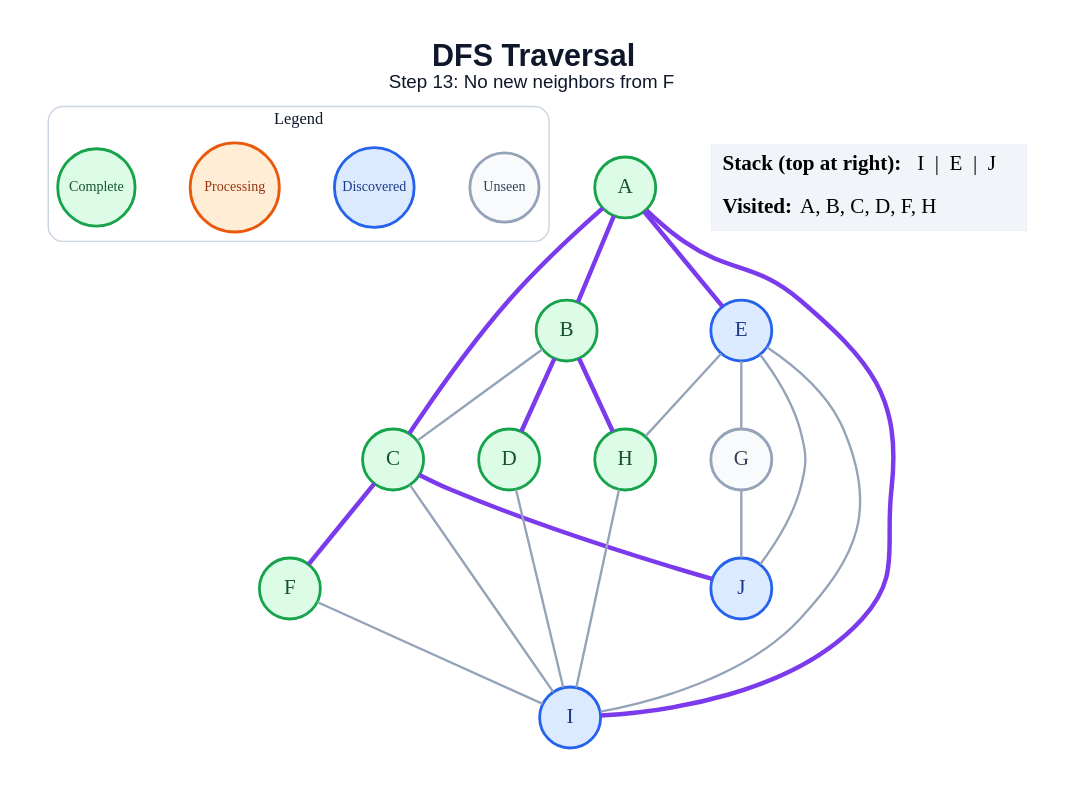
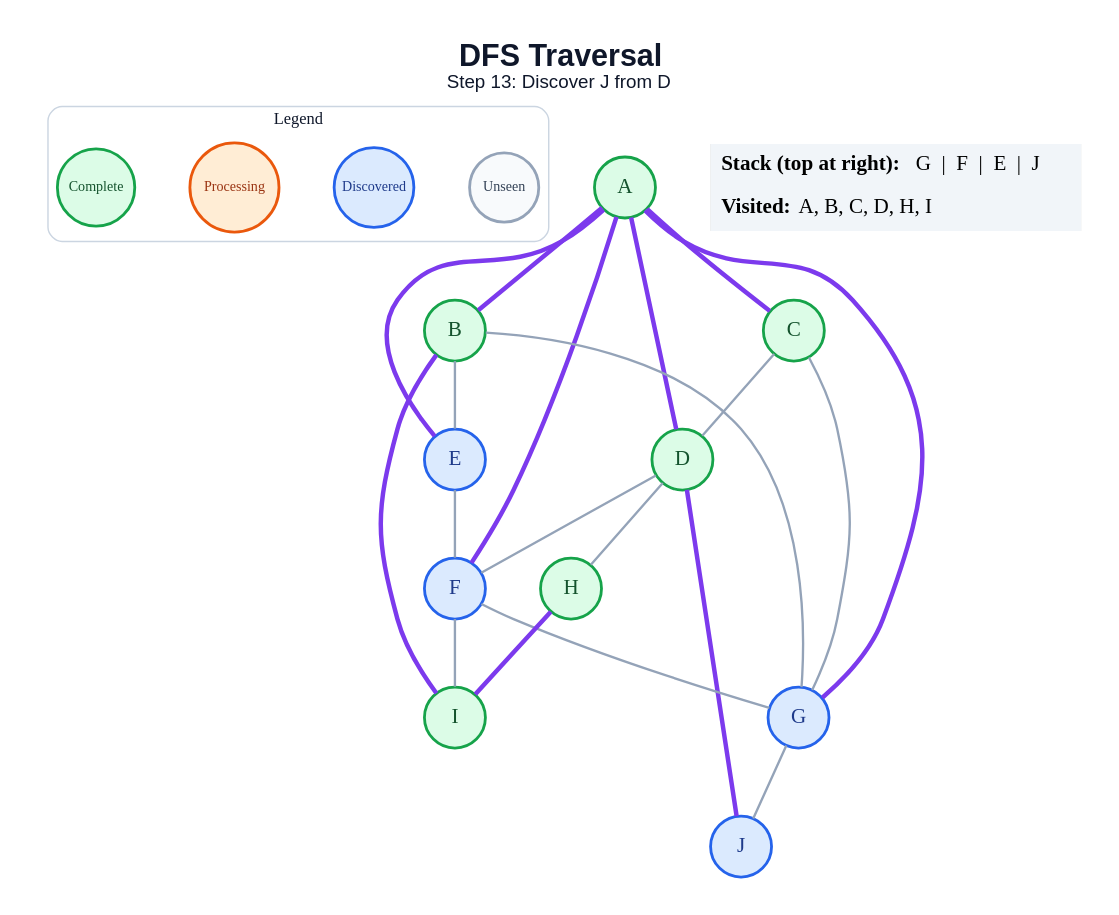
One commit to amanghodawala9/ai-slop changed the diagram in generated/dfs/step_13.dot. Above: the diagram before and after it, drawn with Graphviz. The commit also changed 178 other files, not shown here.

```diff
--- a/generated/dfs/step_13.dot
+++ b/generated/dfs/step_13.dot
@@ -1,47 +1,48 @@
 graph traversal {
   graph [layout=dot, rankdir=TB, bgcolor="#FFFFFF", pad="0.35", nodesep="0.65", ranksep="0.8", fontname="Arial"];
   node [shape=circle, style="filled", fontname="Arial Bold", fontsize=18, width=0.72, fixedsize=true, penwidth=2.4];
   edge [color="#94A3B8", penwidth=2.0];
-  label=<<B>DFS Traversal</B><BR/><FONT POINT-SIZE="16">Step 13: No new neighbors from F</FONT>>; labelloc="t"; fontsize=26; fontname="Arial"; fontcolor="#0F172A";
+  label=<<B>DFS Traversal</B><BR/><FONT POINT-SIZE="16">Step 13: Discover J from D</FONT>>; labelloc="t"; fontsize=26; fontname="Arial"; fontcolor="#0F172A";
   subgraph cluster_legend { label="Legend"; color="#CBD5E1"; penwidth=1.2; style="rounded"; fontsize=14; fontname="Arial Bold";
     key_unseen [label="Unseen", fillcolor="#F8FAFC", color="#94A3B8", fontcolor="#334155", fontsize=12, width=0.82];
     key_frontier [label="Discovered", fillcolor="#DBEAFE", color="#2563EB", fontcolor="#1E3A8A", fontsize=12, width=0.95];
     key_current [label="Processing", fillcolor="#FFEDD5", color="#EA580C", fontcolor="#9A3412", fontsize=12, width=1.05];
     key_done [label="Complete", fillcolor="#DCFCE7", color="#16A34A", fontcolor="#14532D", fontsize=12, width=0.92];
     { rank=same; key_unseen; key_frontier; key_current; key_done; }
   }
   A [fillcolor="#DCFCE7", color="#16A34A", fontcolor="#14532D"];
   B [fillcolor="#DCFCE7", color="#16A34A", fontcolor="#14532D"];
   C [fillcolor="#DCFCE7", color="#16A34A", fontcolor="#14532D"];
   D [fillcolor="#DCFCE7", color="#16A34A", fontcolor="#14532D"];
   E [fillcolor="#DBEAFE", color="#2563EB", fontcolor="#1E3A8A"];
-  F [fillcolor="#DCFCE7", color="#16A34A", fontcolor="#14532D"];
-  G [fillcolor="#F8FAFC", color="#94A3B8", fontcolor="#334155"];
+  F [fillcolor="#DBEAFE", color="#2563EB", fontcolor="#1E3A8A"];
+  G [fillcolor="#DBEAFE", color="#2563EB", fontcolor="#1E3A8A"];
   H [fillcolor="#DCFCE7", color="#16A34A", fontcolor="#14532D"];
-  I [fillcolor="#DBEAFE", color="#2563EB", fontcolor="#1E3A8A"];
+  I [fillcolor="#DCFCE7", color="#16A34A", fontcolor="#14532D"];
   J [fillcolor="#DBEAFE", color="#2563EB", fontcolor="#1E3A8A"];
   A -- B [color="#7C3AED", penwidth=3.8];
   A -- C [color="#7C3AED", penwidth=3.8];
+  A -- D [color="#7C3AED", penwidth=3.8];
   A -- E [color="#7C3AED", penwidth=3.8];
-  A -- I [color="#7C3AED", penwidth=3.8];
-  B -- C;
-  B -- D [color="#7C3AED", penwidth=3.8];
-  B -- H [color="#7C3AED", penwidth=3.8];
-  C -- F [color="#7C3AED", penwidth=3.8];
-  C -- I;
-  C -- J [color="#7C3AED", penwidth=3.8];
-  D -- I;
-  E -- G;
-  E -- H;
-  E -- I;
-  E -- J;
+  A -- F [color="#7C3AED", penwidth=3.8];
+  A -- G [color="#7C3AED", penwidth=3.8];
+  B -- E;
+  B -- G;
+  B -- I [color="#7C3AED", penwidth=3.8];
+  C -- D;
+  C -- G;
+  D -- F;
+  D -- H;
+  D -- J [color="#7C3AED", penwidth=3.8];
+  E -- F;
+  F -- G;
   F -- I;
   G -- J;
-  H -- I;
+  H -- I [color="#7C3AED", penwidth=3.8];
   status [shape=plain, fixedsize=false, width=0, height=0, margin=0, label=<
     <TABLE BORDER="0" CELLBORDER="0" CELLPADDING="7" BGCOLOR="#F1F5F9">
-      <TR><TD ALIGN="LEFT"><B>Stack (top at right):</B> I  |  E  |  J</TD></TR>
-      <TR><TD ALIGN="LEFT"><B>Visited:</B> A, B, C, D, F, H</TD></TR>
+      <TR><TD ALIGN="LEFT"><B>Stack (top at right):</B> G  |  F  |  E  |  J</TD></TR>
+      <TR><TD ALIGN="LEFT"><B>Visited:</B> A, B, C, D, H, I</TD></TR>
     </TABLE>
   >];
 }
```
